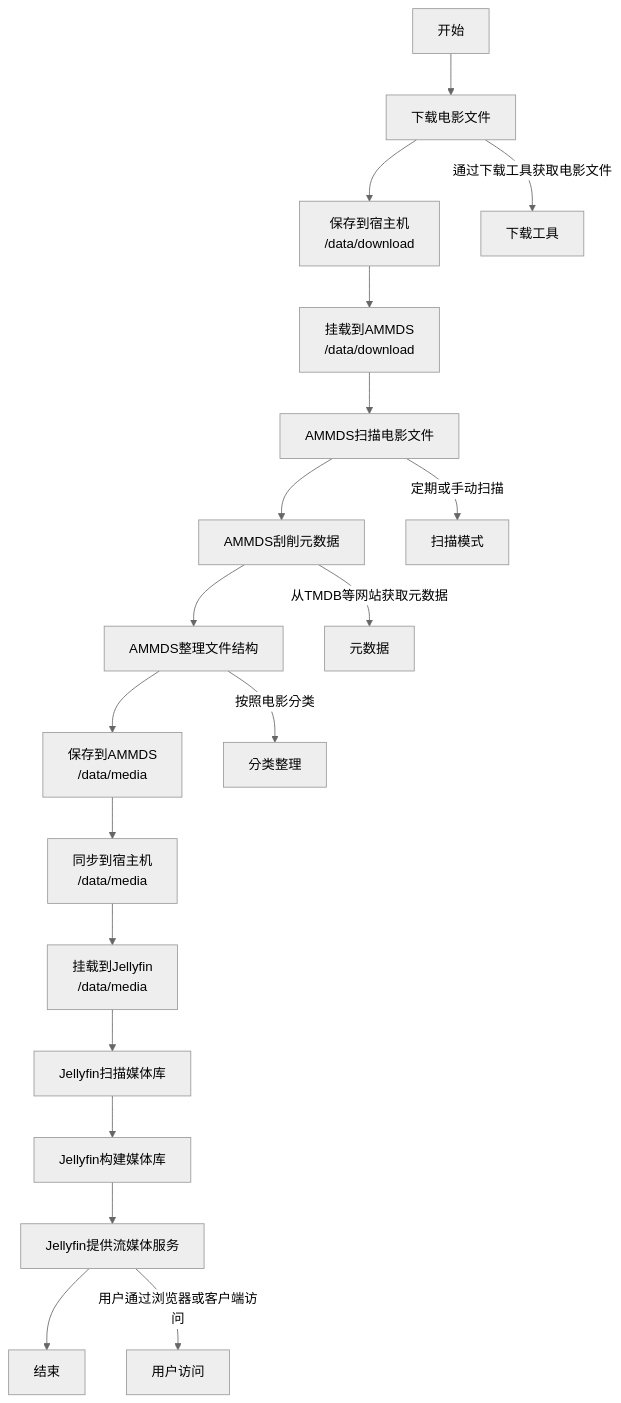
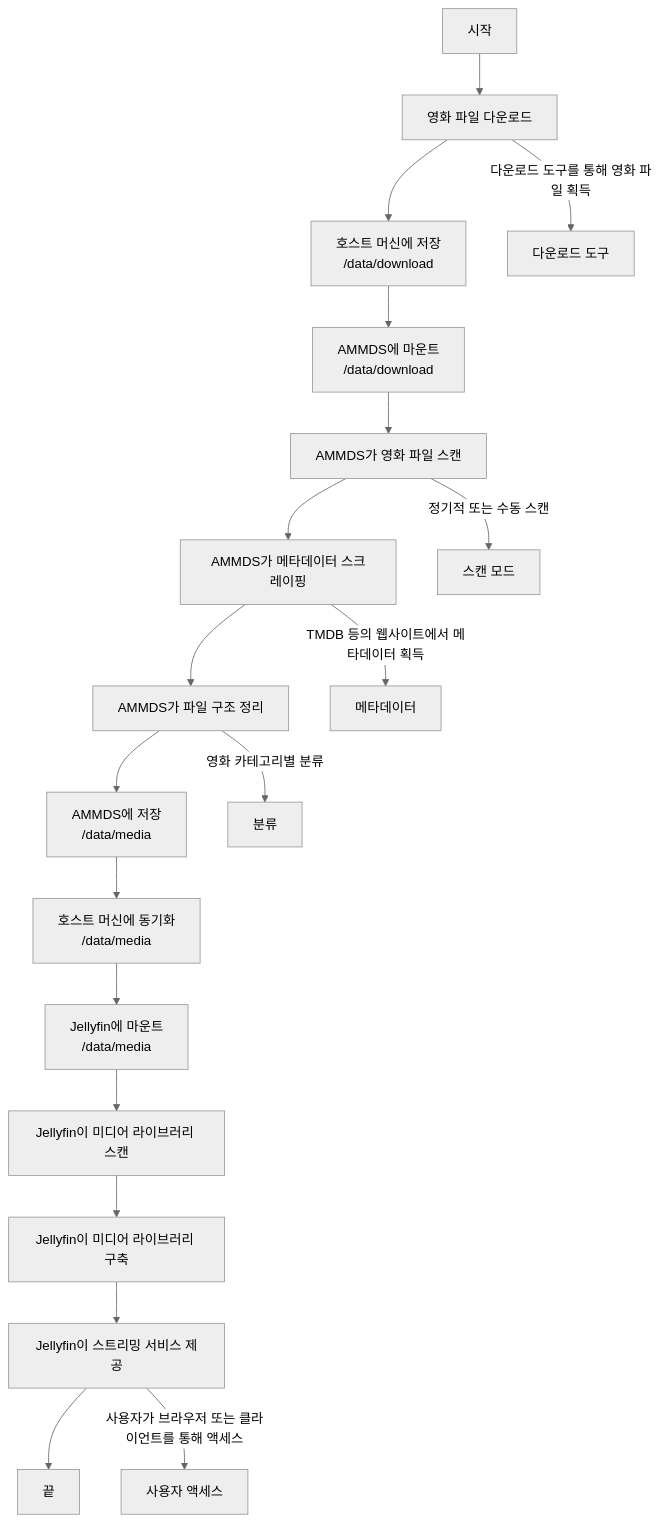
One commit to QYG2297248353/AMMDS-DOC changed the fourth of 5 diagrams in i18n/ko/docusaurus-plugin-content-docs/current/usage/Mount.md. Above: the diagram before and after it, drawn with Mermaid (neutral theme). The commit also changed other lines of this file and 23 other files, not shown here.

````diff
--- a/i18n/ko/docusaurus-plugin-content-docs/current/usage/Mount.md
+++ b/i18n/ko/docusaurus-plugin-content-docs/current/usage/Mount.md
@@ -166,34 +166,34 @@
 ```mermaid
 flowchart TD
-    %% 开始
-    START["开始"] --> DOWNLOAD["下载电影文件"]
+    %% 시작
+    START["시작"] --> DOWNLOAD["영화 파일 다운로드"]
     
-    %% 下载阶段
-    DOWNLOAD --> SAVE_RAW["保存到宿主机<br/>/data/download"]
+    %% 다운로드 단계
+    DOWNLOAD --> SAVE_RAW["호스트 머신에 저장<br/>/data/download"]
     
-    %% AMMDS处理阶段
-    SAVE_RAW --> MOUNT_TO_AMMDS["挂载到AMMDS<br/>/data/download"]
-    MOUNT_TO_AMMDS --> SCAN["AMMDS扫描电影文件"]
-    SCAN --> SCRAPE["AMMDS刮削元数据"]
-    SCRAPE --> ORGANIZE["AMMDS整理文件结构"]
-    ORGANIZE --> SAVE_PROCESSED["保存到AMMDS<br/>/data/media"]
+    %% AMMDS 처리 단계
+    SAVE_RAW --> MOUNT_TO_AMMDS["AMMDS에 마운트<br/>/data/download"]
+    MOUNT_TO_AMMDS --> SCAN["AMMDS가 영화 파일 스캔"]
+    SCAN --> SCRAPE["AMMDS가 메타데이터 스크레이핑"]
+    SCRAPE --> ORGANIZE["AMMDS가 파일 구조 정리"]
+    ORGANIZE --> SAVE_PROCESSED["AMMDS에 저장<br/>/data/media"]
     
-    %% 宿主机同步阶段
-    SAVE_PROCESSED --> SYNC_TO_HOST["同步到宿主机<br/>/data/media"]
+    %% 호스트 머신 동기화 단계
+    SAVE_PROCESSED --> SYNC_TO_HOST["호스트 머신에 동기화<br/>/data/media"]
     
-    %% Jellyfin处理阶段
-    SYNC_TO_HOST --> MOUNT_TO_JELLYFIN["挂载到Jellyfin<br/>/data/media"]
-    MOUNT_TO_JELLYFIN --> JELLYFIN_SCAN["Jellyfin扫描媒体库"]
-    JELLYFIN_SCAN --> BUILD_LIBRARY["Jellyfin构建媒体库"]
-    BUILD_LIBRARY --> PROVIDE_STREAM["Jellyfin提供流媒体服务"]
+    %% Jellyfin 처리 단계
+    SYNC_TO_HOST --> MOUNT_TO_JELLYFIN["Jellyfin에 마운트<br/>/data/media"]
+    MOUNT_TO_JELLYFIN --> JELLYFIN_SCAN["Jellyfin이 미디어 라이브러리 스캔"]
+    JELLYFIN_SCAN --> BUILD_LIBRARY["Jellyfin이 미디어 라이브러리 구축"]
+    BUILD_LIBRARY --> PROVIDE_STREAM["Jellyfin이 스트리밍 서비스 제공"]
     
-    %% 结束
-    PROVIDE_STREAM --> END["结束"]
+    %% 끝
+    PROVIDE_STREAM --> END["끝"]
     
-    %% 流程说明
-    DOWNLOAD -->|"通过下载工具获取电影文件"| DOWNLOAD_TOOL["下载工具"]
-    SCAN -->|"定期或手动扫描"| SCAN_MODE["扫描模式"]
-    SCRAPE -->|"从TMDB等网站获取元数据"| METADATA["元数据"]
-    ORGANIZE -->|"按照电影分类"| CATEGORIZE["分类整理"]
-    PROVIDE_STREAM -->|"用户通过浏览器或客户端访问"| USER_ACCESS["用户访问"]
+    %% 프로세스 설명
+    DOWNLOAD -->|"다운로드 도구를 통해 영화 파일 획득"| DOWNLOAD_TOOL["다운로드 도구"]
+    SCAN -->|"정기적 또는 수동 스캔"| SCAN_MODE["스캔 모드"]
+    SCRAPE -->|"TMDB 등의 웹사이트에서 메타데이터 획득"| METADATA["메타데이터"]
+    ORGANIZE -->|"영화 카테고리별 분류"| CATEGORIZE["분류"]
+    PROVIDE_STREAM -->|"사용자가 브라우저 또는 클라이언트를 통해 액세스"| USER_ACCESS["사용자 액세스"]
 ```
````
